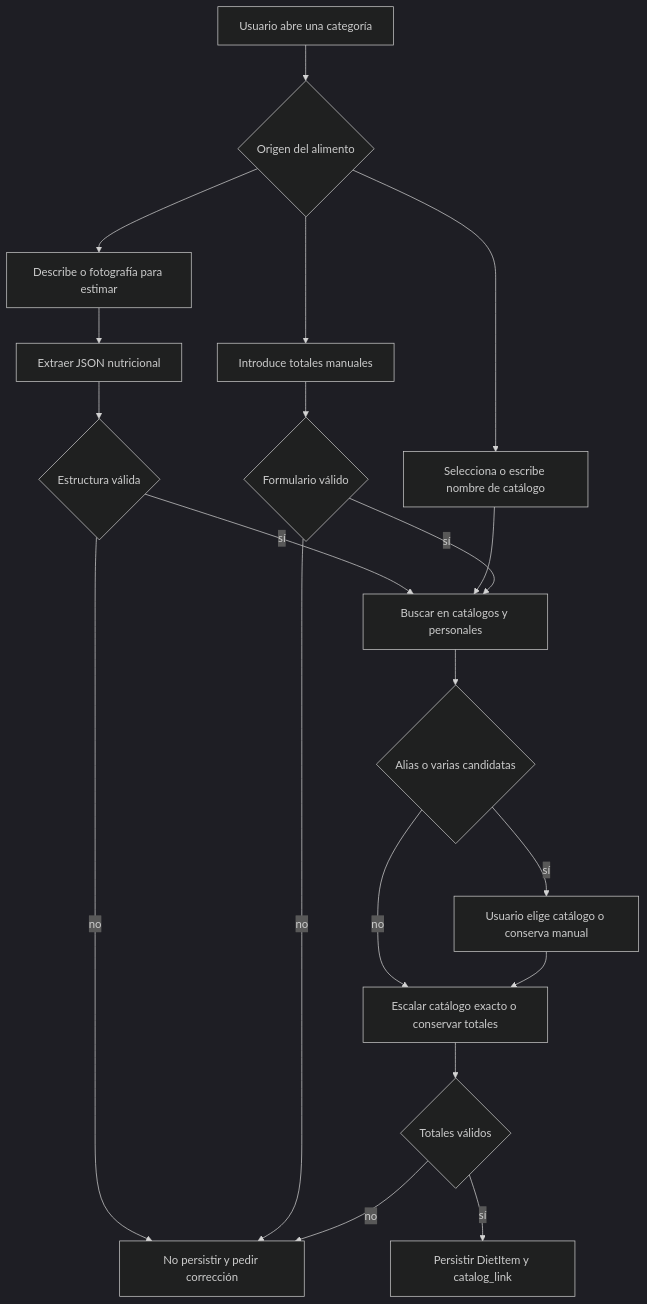
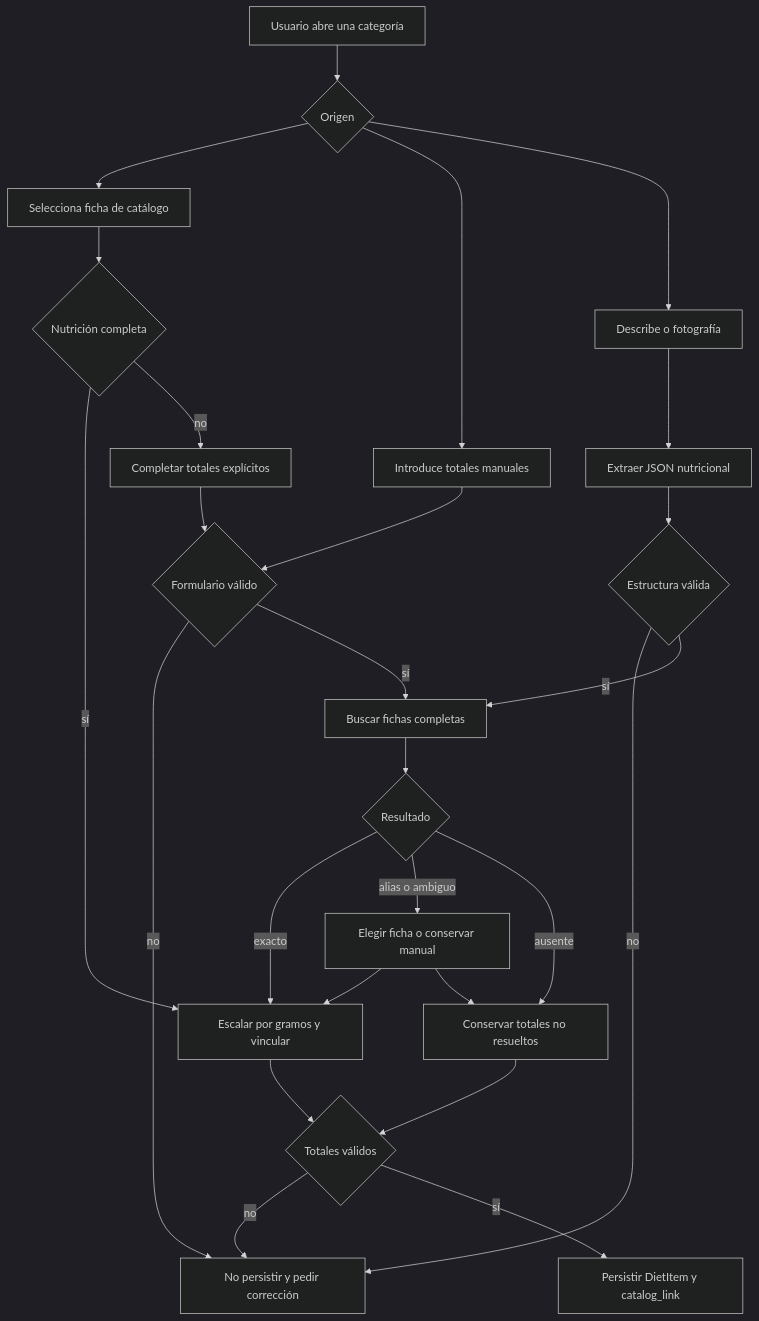
Before and after one commit to maximofn/gymnasia: the second of 3 diagrams in openwiki/mobile/diet-and-food-estimation.md, drawn with Mermaid (dark theme). The commit also changed other lines of this file and 22 other files, not shown here.

````diff
--- a/openwiki/mobile/diet-and-food-estimation.md
+++ b/openwiki/mobile/diet-and-food-estimation.md
@@ -122,22 +124,28 @@
 ```mermaid
 flowchart TD
-    Start["Usuario abre una categoría"] --> Route{"Origen del alimento"}
-    Route --> Catalog["Selecciona o escribe nombre de catálogo"]
+    Start["Usuario abre una categoría"] --> Route{"Origen"}
+    Route --> Catalog["Selecciona ficha de catálogo"]
     Route --> Manual["Introduce totales manuales"]
-    Route --> Estimate["Describe o fotografía para estimar"]
+    Route --> Estimate["Describe o fotografía"]
+    Catalog --> Complete{"Nutrición completa"}
+    Complete -->|"sí"| Snapshot["Escalar por gramos y vincular"]
+    Complete -->|"no"| CompleteForm["Completar totales explícitos"]
+    Manual --> FormValid{"Formulario válido"}
+    CompleteForm --> FormValid
     Estimate --> Extract["Extraer JSON nutricional"]
     Extract --> EstimateValid{"Estructura válida"}
     EstimateValid -->|"no"| Correct["No persistir y pedir corrección"]
-    EstimateValid -->|"sí"| Match["Buscar en catálogos y personales"]
-    Catalog --> Match
-    Manual --> FormValid{"Formulario válido"}
+    EstimateValid -->|"sí"| Match["Buscar fichas completas"]
     FormValid -->|"no"| Correct
     FormValid -->|"sí"| Match
-    Match --> Ambiguous{"Alias o varias candidatas"}
-    Ambiguous -->|"sí"| Choose["Usuario elige catálogo o conserva manual"]
-    Ambiguous -->|"no"| Snapshot["Escalar catálogo exacto o conservar totales"]
+    Match --> Resolution{"Resultado"}
+    Resolution -->|"exacto"| Snapshot
+    Resolution -->|"alias o ambiguo"| Choose["Elegir ficha o conservar manual"]
+    Resolution -->|"ausente"| Unresolved["Conservar totales no resueltos"]
     Choose --> Snapshot
+    Choose --> Unresolved
     Snapshot --> FinalValid{"Totales válidos"}
+    Unresolved --> FinalValid
     FinalValid -->|"no"| Correct
     FinalValid -->|"sí"| Persist["Persistir DietItem y catalog_link"]
 ```
````
